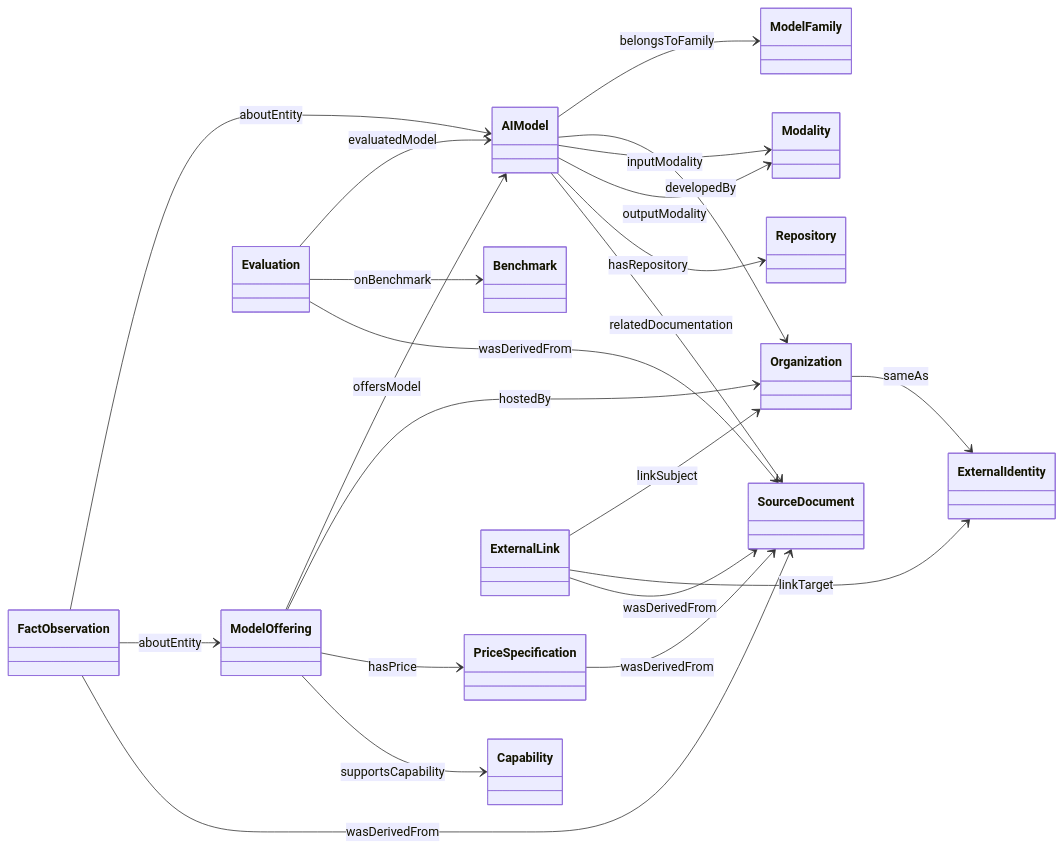
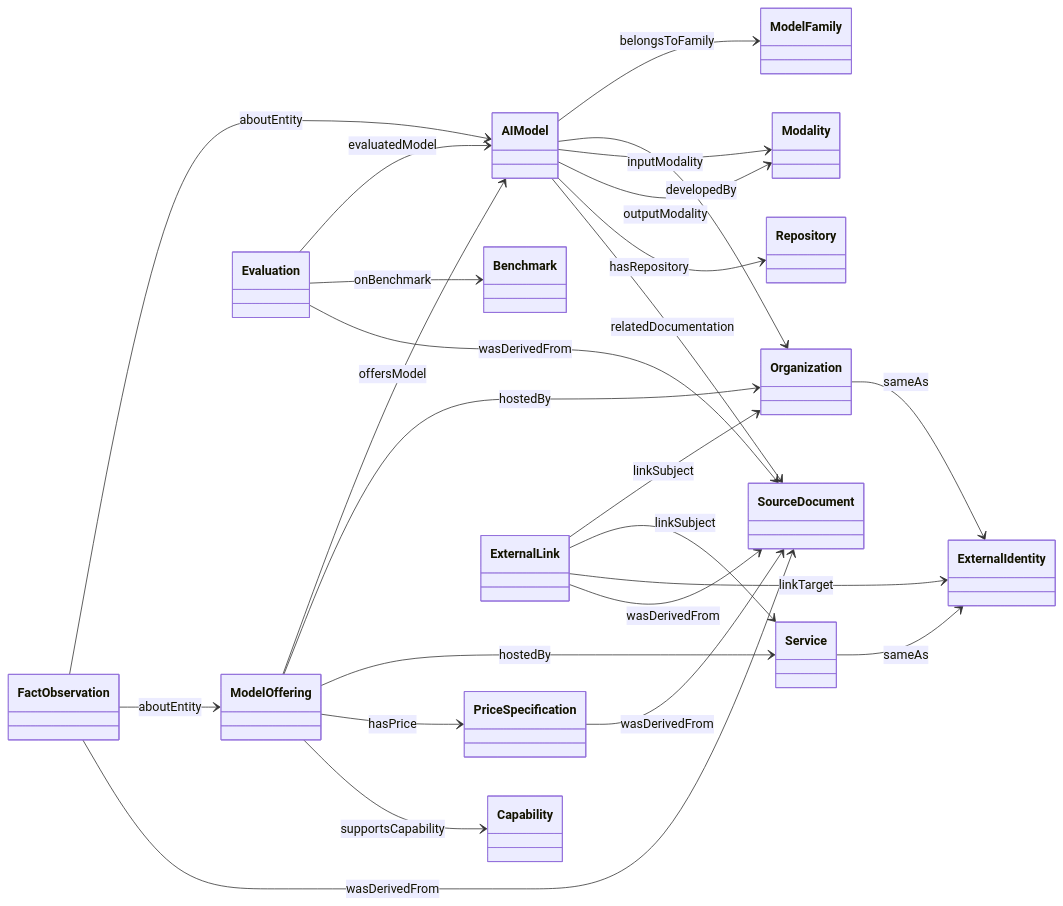
Before and after one commit to BroDSMaster/semantic-web-ai-models: the fifth of 9 diagrams in report.md, drawn with Mermaid. The commit also changed other lines of this file and 74 other files, not shown here.

````diff
--- a/report.md
+++ b/report.md
@@ -362,46 +366,50 @@
 ```mermaid
 classDiagram
   direction LR
 
   class AIModel
   class ModelFamily
+  class Service
   class Organization
   class ModelOffering
   class Capability
   class Modality
   class PriceSpecification
   class Benchmark
   class Evaluation
   class SourceDocument
   class FactObservation
   class ExternalLink
   class ExternalIdentity
   class Repository
 
   AIModel --> ModelFamily : belongsToFamily
   AIModel --> Organization : developedBy
   AIModel --> Modality : inputModality
   AIModel --> Modality : outputModality
   AIModel --> Repository : hasRepository
 
   ModelOffering --> AIModel : offersModel
   ModelOffering --> Organization : hostedBy
+  ModelOffering --> Service : hostedBy
   ModelOffering --> PriceSpecification : hasPrice
   ModelOffering --> Capability : supportsCapability
 
   Evaluation --> AIModel : evaluatedModel
   Evaluation --> Benchmark : onBenchmark
 
   FactObservation --> AIModel : aboutEntity
   FactObservation --> ModelOffering : aboutEntity
   FactObservation --> SourceDocument : wasDerivedFrom
 
   PriceSpecification --> SourceDocument : wasDerivedFrom
   Evaluation --> SourceDocument : wasDerivedFrom
   AIModel --> SourceDocument : relatedDocumentation
 
   ExternalLink --> Organization : linkSubject
+  ExternalLink --> Service : linkSubject
   ExternalLink --> ExternalIdentity : linkTarget
   ExternalLink --> SourceDocument : wasDerivedFrom
   Organization --> ExternalIdentity : sameAs
+  Service --> ExternalIdentity : sameAs
 ```
````
